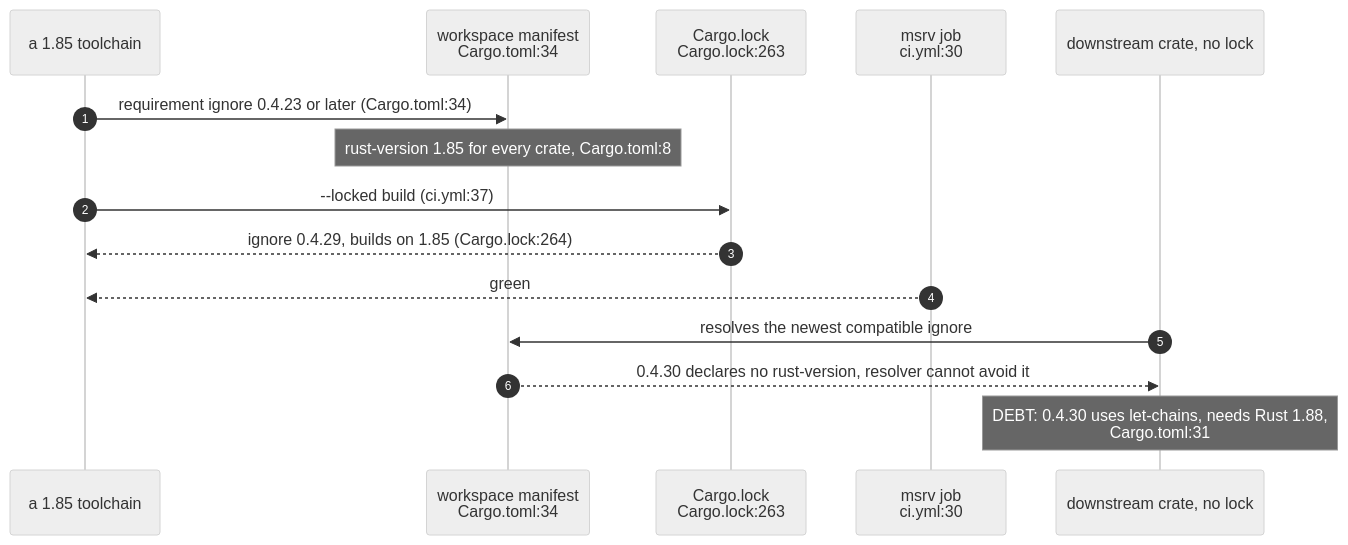
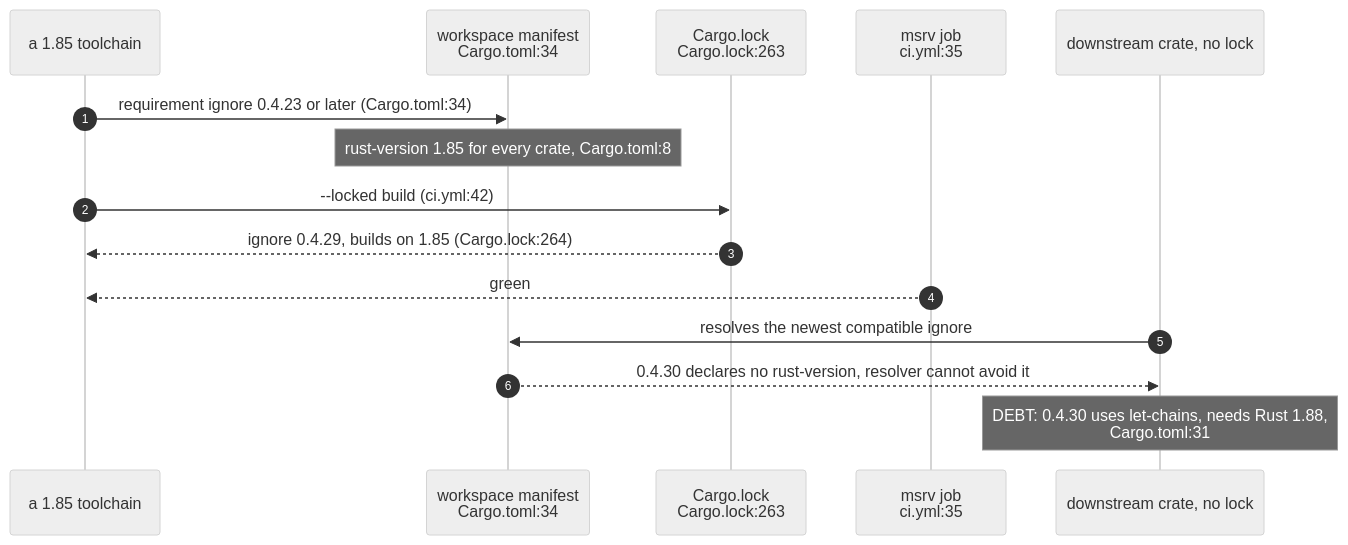
Before and after one commit to DreamLab-AI/codemaid: the second of 5 diagrams in docs/diagrams/delivery/01-ci-msrv-and-determinism.md, drawn with Mermaid (neutral theme). The commit also changed other lines of this file and 22 other files, not shown here.

First line of the commit message:
docs(diagrams): COR-04 and COR-05 for the seal surface; re-stamp every topic at ae478d9

````diff
--- a/docs/diagrams/delivery/01-ci-msrv-and-determinism.md
+++ b/docs/diagrams/delivery/01-ci-msrv-and-determinism.md
@@ -92,17 +110,17 @@
 ```mermaid
 sequenceDiagram
     autonumber
     participant DV as a 1.85 toolchain
     participant MF as workspace manifest<br/>Cargo.toml:34
     participant LK as Cargo.lock<br/>Cargo.lock:263
-    participant CI as msrv job<br/>ci.yml:30
+    participant CI as msrv job<br/>ci.yml:35
     participant DS as downstream crate, no lock
     DV->>MF: requirement ignore 0.4.23 or later (Cargo.toml:34)
     Note over MF: rust-version 1.85 for every crate, Cargo.toml:8
-    DV->>LK: --locked build (ci.yml:37)
+    DV->>LK: --locked build (ci.yml:42)
     LK-->>DV: ignore 0.4.29, builds on 1.85 (Cargo.lock:264)
     CI-->>DV: green
     DS->>MF: resolves the newest compatible ignore
     MF-->>DS: 0.4.30 declares no rust-version, resolver cannot avoid it
     Note over DS: DEBT: 0.4.30 uses let-chains, needs Rust 1.88,<br/>Cargo.toml:31
 ```
````
